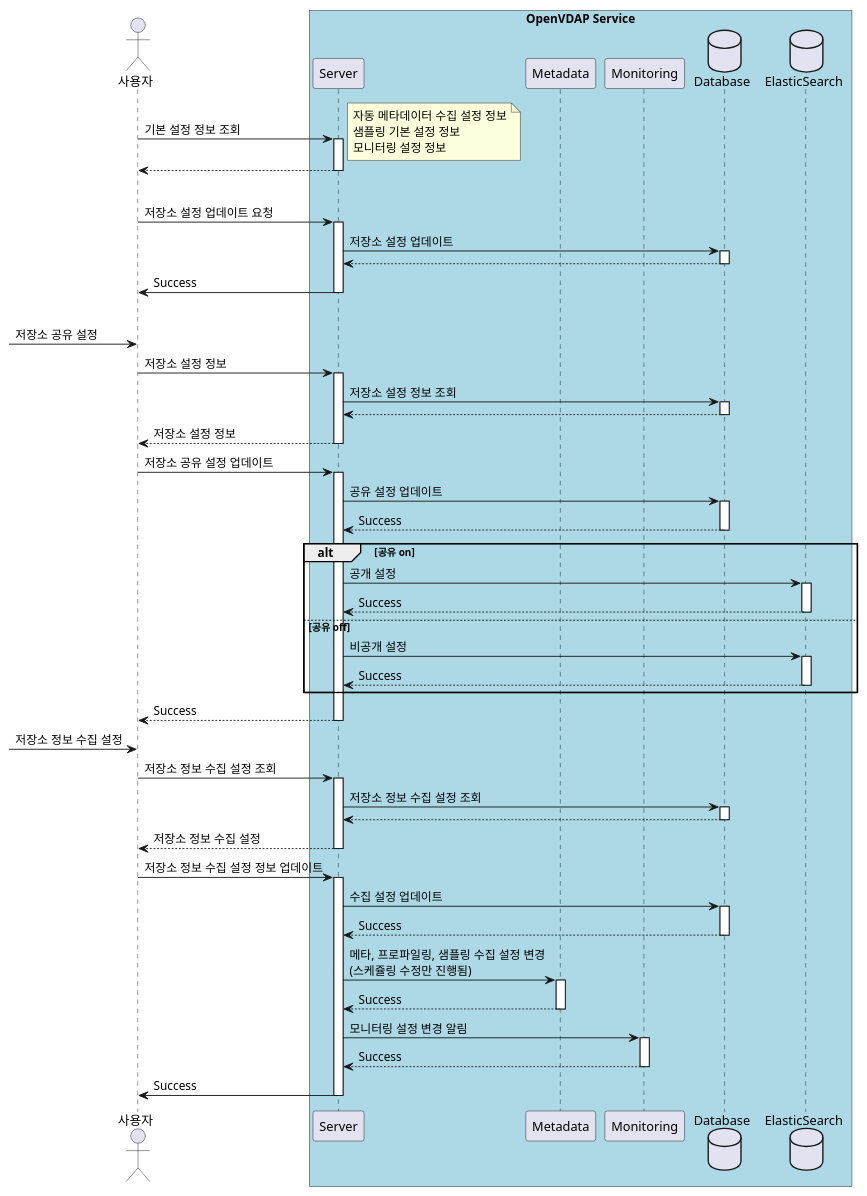
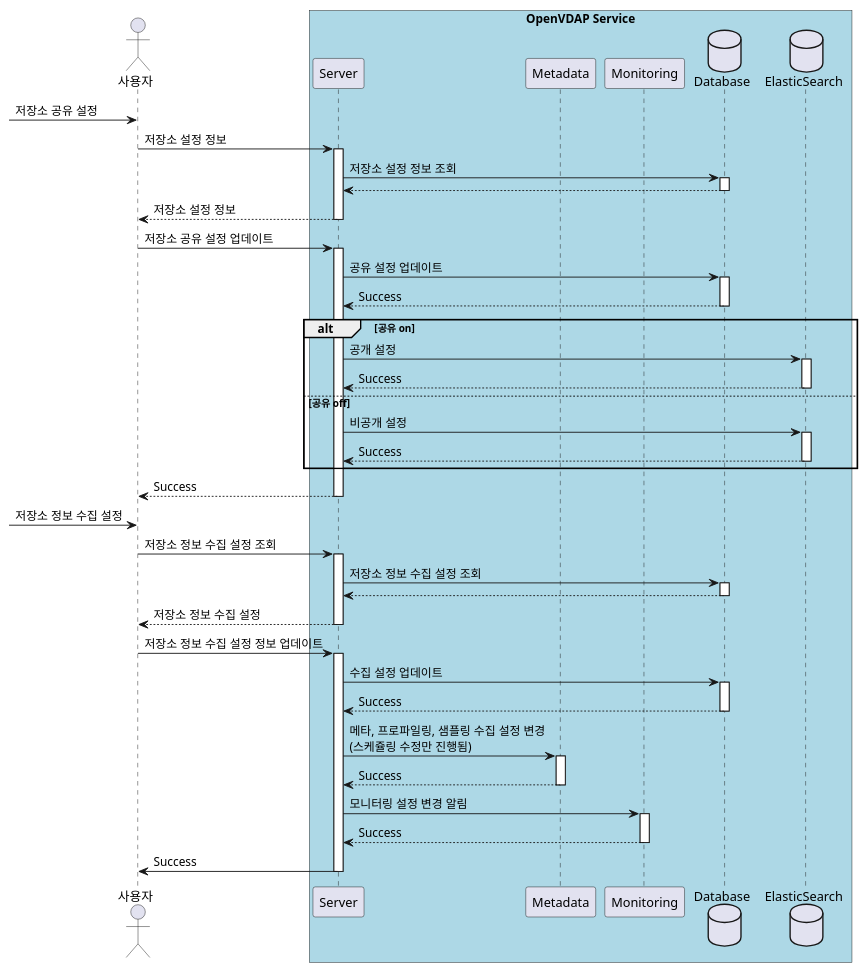
One commit to DataFabricTech/DataFabricPlatform changed the third of 5 diagrams in docs/arch/virtualization-storage.md. Above: the diagram before and after it, drawn with PlantUML. The commit also changed other lines of this file and 5 other files, not shown here.

````diff
--- a/docs/arch/virtualization-storage.md
+++ b/docs/arch/virtualization-storage.md
@@ -233,65 +230,48 @@
 ```plantuml
 @startuml
 Actor 사용자 as user
 box "OpenVDAP Service" #Lightblue
 participant Server as server
 participant Metadata as metadata
 participant Monitoring as monitoring
 database Database as database
 database ElasticSearch as search 
 end box
 
-' 저장소 공통 설정 정보 조회
-user -> server ++ : 기본 설정 정보 조회
-note right
-자동 메타데이터 수집 설정 정보
-샘플링 기본 설정 정보
-모니터링 설정 정보
-end note
-user <-- server -- : 
-|||
-
-' 저장소 공통 설정 정보 변경
-user -> server ++ : 저장소 설정 업데이트 요청
-server -> database ++ : 저장소 설정 업데이트 
-server <-- database -- : 
-user <- server -- : Success
-|||
-
-' 저장소 별 설정
+' 저장소 설정
 ' 저장소 공유 및 검색 설정  
 -> user : 저장소 공유 설정
 user -> server ++ : 저장소 설정 정보
 server -> database ++ : 저장소 설정 정보 조회  
 server <-- database -- :
 user <-- server --: 저장소 설정 정보  
 user -> server ++ : 저장소 공유 설정 업데이트
 server -> database ++ : 공유 설정 업데이트
 server <-- database -- : Success
 alt 공유 on 
 server -> search ++ : 공개 설정
 server <-- search -- : Success
 else 공유 off
 server -> search ++ : 비공개 설정
 server <-- search -- : Success
 end
 user <-- server --: Success
 
 ' 메타데이터, 프로파일링, 샘플링, 모니터링 수집 설정  
 -> user : 저장소 정보 수집 설정  
 user -> server ++ : 저장소 정보 수집 설정 조회  
 server -> database ++ : 저장소 정보 수집 설정 조회  
 server <-- database -- 
 user <-- server --: 저장소 정보 수집 설정
 
 user -> server ++: 저장소 정보 수집 설정 정보 업데이트
 server -> database ++ : 수집 설정 업데이트
 server <-- database -- : Success
 server -> metadata ++ : 메타, 프로파일링, 샘플링 수집 설정 변경\n(스케쥴링 수정만 진행됨)
 server <-- metadata -- : Success
 server -> monitoring ++ : 모니터링 설정 변경 알림
 server <-- monitoring -- : Success
 user <- server -- : Success
 
 @enduml
 ```
````
